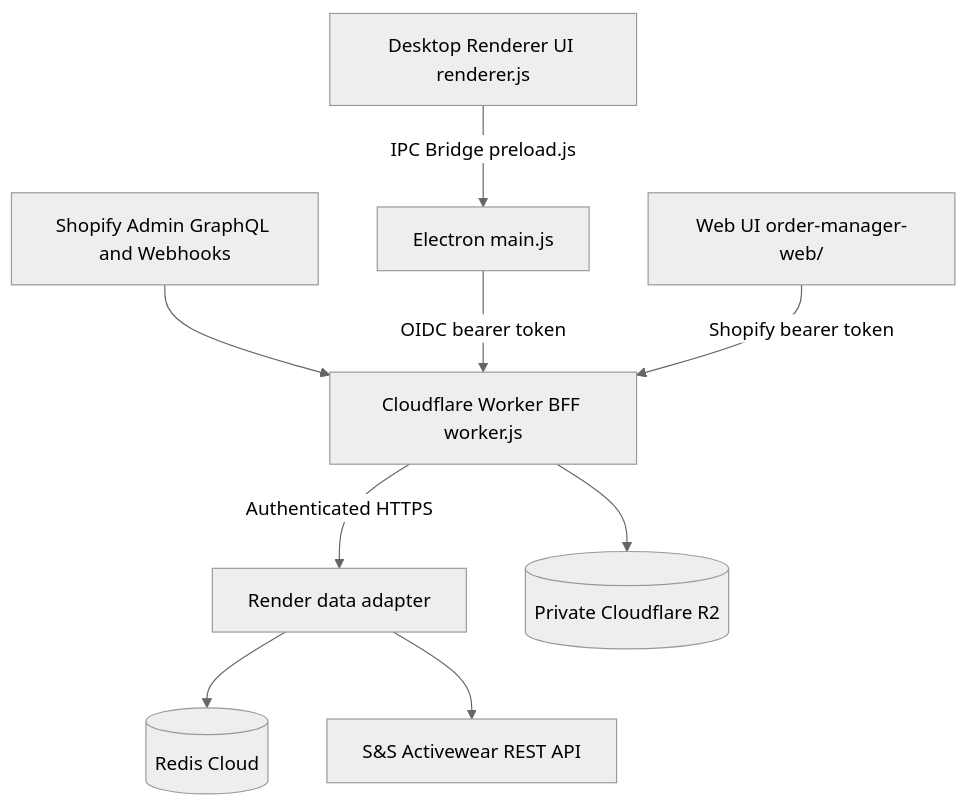
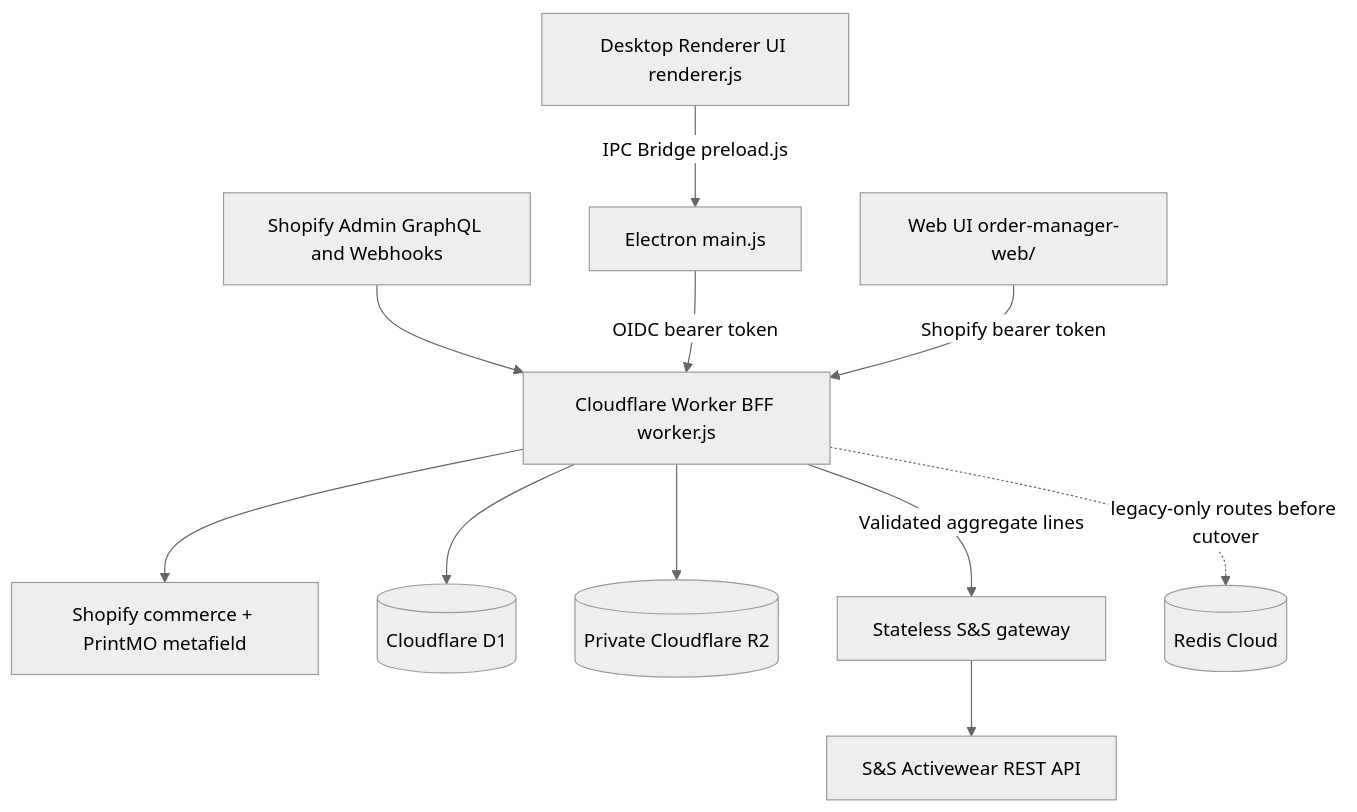
The diagram in docs/official-docs/architecture/system-overview.md (personman1234567/PrintMO-Order-Management), drawn with Mermaid (neutral theme) before and after one commit. The commit also changed other lines of this file and 27 other files, not shown here.

Commit message:
Implement Shopify-primary candidate data plane

````diff
--- a/docs/official-docs/architecture/system-overview.md
+++ b/docs/official-docs/architecture/system-overview.md
@@ -23,11 +23,13 @@
 ```mermaid
 flowchart TD
     Shopify[Shopify Admin GraphQL and Webhooks] --> CFProxy[Cloudflare Worker BFF worker.js]
     RendererUI[Desktop Renderer UI renderer.js] -->|IPC Bridge preload.js| ElectronMain[Electron main.js]
     ElectronMain -->|OIDC bearer token| CFProxy
     WebClient[Web UI order-manager-web/] -->|Shopify bearer token| CFProxy
-    CFProxy -->|Authenticated HTTPS| RenderAdapter[Render data adapter]
-    RenderAdapter --> RedisQueue[(Redis Cloud)]
+    CFProxy --> ShopifyState[Shopify commerce + PrintMO metafield]
+    CFProxy --> D1[(Cloudflare D1)]
+    CFProxy --> R2[(Private Cloudflare R2)]
+    CFProxy -->|Validated aggregate lines| RenderAdapter[Stateless S&S gateway]
     RenderAdapter --> SSAPI[S&S Activewear REST API]
-    CFProxy --> R2[(Private Cloudflare R2)]
+    CFProxy -. legacy-only routes before cutover .-> RedisQueue[(Redis Cloud)]
 ```
````
